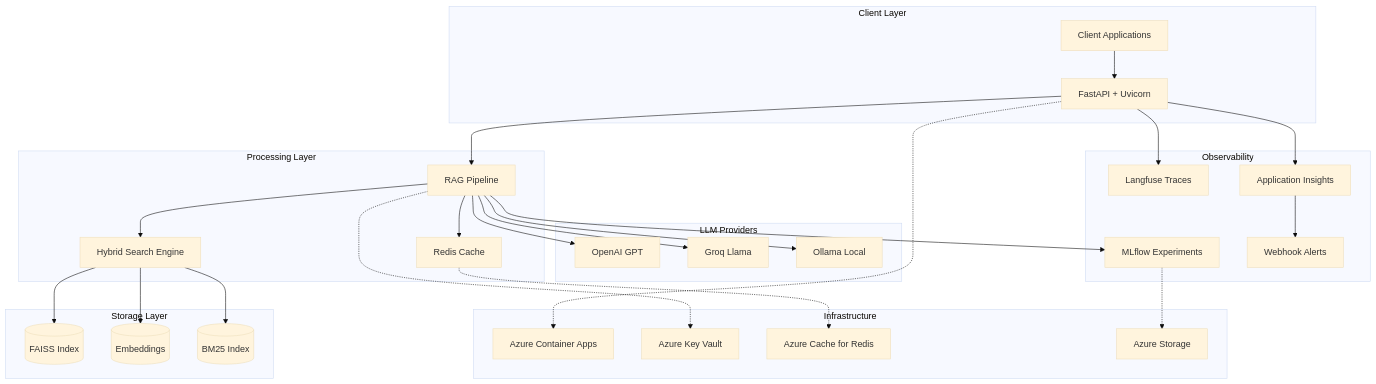
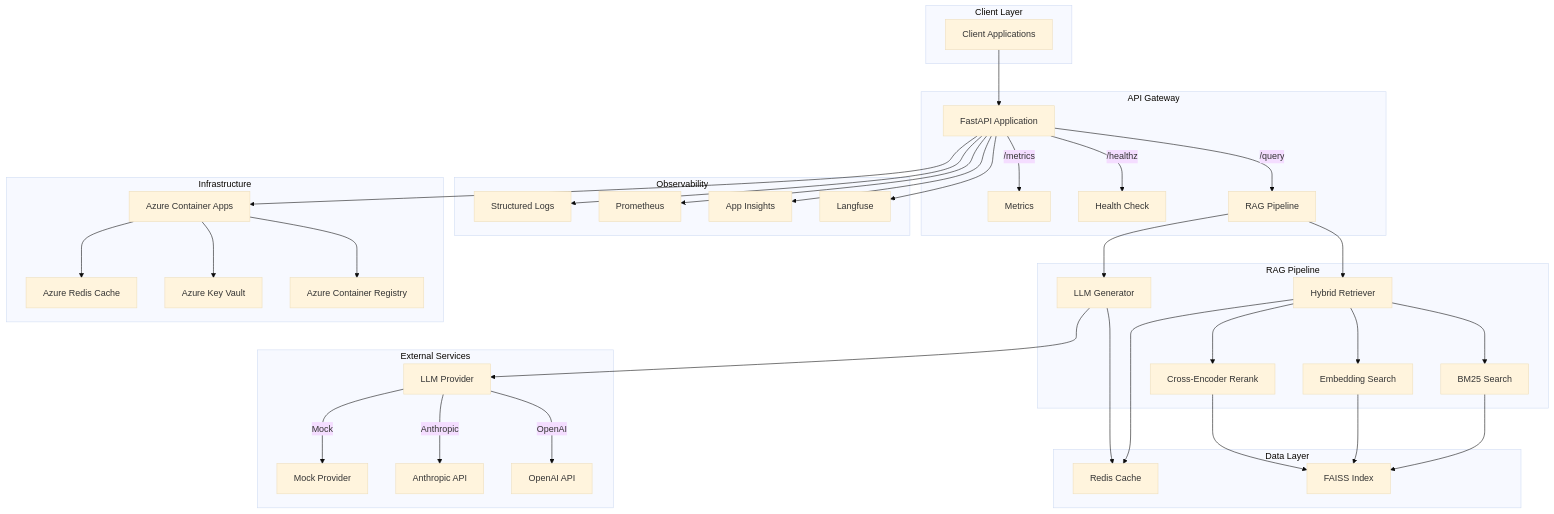
One commit to e1washere/production-rag-service changed the diagram in README.md. Above: the diagram before and after it, drawn with Mermaid (base theme). The commit also changed other lines of this file and 19 other files, not shown here.

Commit message:
feat: implement production-grade RAG service with Azure infrastructure

````diff
--- a/README.md
+++ b/README.md
@@ -63,60 +29,52 @@
 ```mermaid
 graph TB
     subgraph "Client Layer"
-        Client[Client Applications]
-        API[FastAPI + Uvicorn]
+        C[Client Applications]
     end
     
-    subgraph "Processing Layer"
-        Pipeline[RAG Pipeline]
-        Hybrid[Hybrid Search Engine]
-        Cache[Redis Cache]
+    subgraph "API Gateway"
+        API[FastAPI Application]
+        API --> |/query| RAG[RAG Pipeline]
+        API --> |/healthz| HC[Health Check]
+        API --> |/metrics| MET[Metrics]
     end
     
-    subgraph "Storage Layer"
-        FAISS[(FAISS Index)]
-        Embeddings[(Embeddings)]
-        BM25[(BM25 Index)]
+    subgraph "RAG Pipeline"
+        RAG --> RET[Hybrid Retriever]
+        RAG --> GEN[LLM Generator]
+        RET --> BM25[BM25 Search]
+        RET --> EMB[Embedding Search]
+        RET --> RER[Cross-Encoder Rerank]
     end
     
-    subgraph "LLM Providers"
-        OpenAI[OpenAI GPT]
-        Groq[Groq Llama]
-        Ollama[Ollama Local]
+    subgraph "Data Layer"
+        BM25 --> FAISS[FAISS Index]
+        EMB --> FAISS
+        RER --> FAISS
+        GEN --> CACHE[Redis Cache]
+        RET --> CACHE
+    end
+    
+    subgraph "External Services"
+        GEN --> LLM[LLM Provider]
+        LLM --> |OpenAI| OAI[OpenAI API]
+        LLM --> |Anthropic| ANT[Anthropic API]
+        LLM --> |Mock| MOCK[Mock Provider]
     end
     
     subgraph "Observability"
-        Langfuse[Langfuse Traces]
-        AppInsights[Application Insights]
-        MLflow[MLflow Experiments]
-        Alerts[Webhook Alerts]
+        API --> LANG[Langfuse]
+        API --> AI[App Insights]
+        API --> PROM[Prometheus]
+        API --> LOG[Structured Logs]
     end
     
     subgraph "Infrastructure"
-        ContainerApps[Azure Container Apps]
-        KeyVault[Azure Key Vault]
-        Redis[Azure Cache for Redis]
-        Storage[Azure Storage]
+        API --> ACA[Azure Container Apps]
+        ACA --> ACR[Azure Container Registry]
+        ACA --> KV[Azure Key Vault]
+        ACA --> REDIS[Azure Redis Cache]
     end
     
-    Client --> API
-    API --> Pipeline
-    Pipeline --> Hybrid
-    Pipeline --> Cache
-    Hybrid --> FAISS
-    Hybrid --> Embeddings  
-    Hybrid --> BM25
-    Pipeline --> OpenAI
-    Pipeline --> Groq
-    Pipeline --> Ollama
-    
-    API --> Langfuse
-    API --> AppInsights
-    Pipeline --> MLflow
-    AppInsights --> Alerts
-    
-    API -.-> ContainerApps
-    Pipeline -.-> KeyVault
-    Cache -.-> Redis
-    MLflow -.-> Storage
+    C --> API
 ```
````
